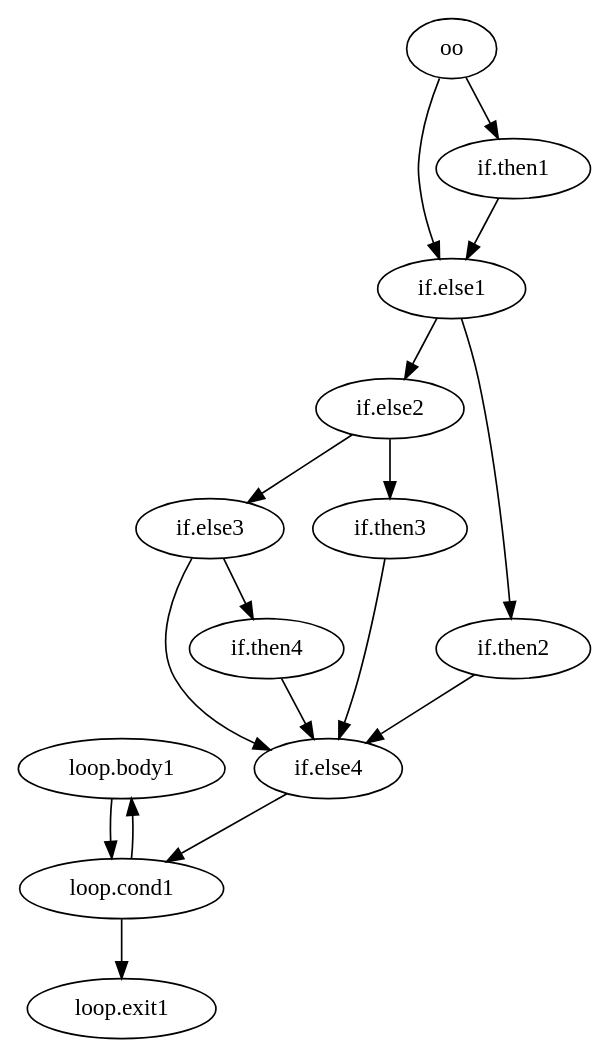
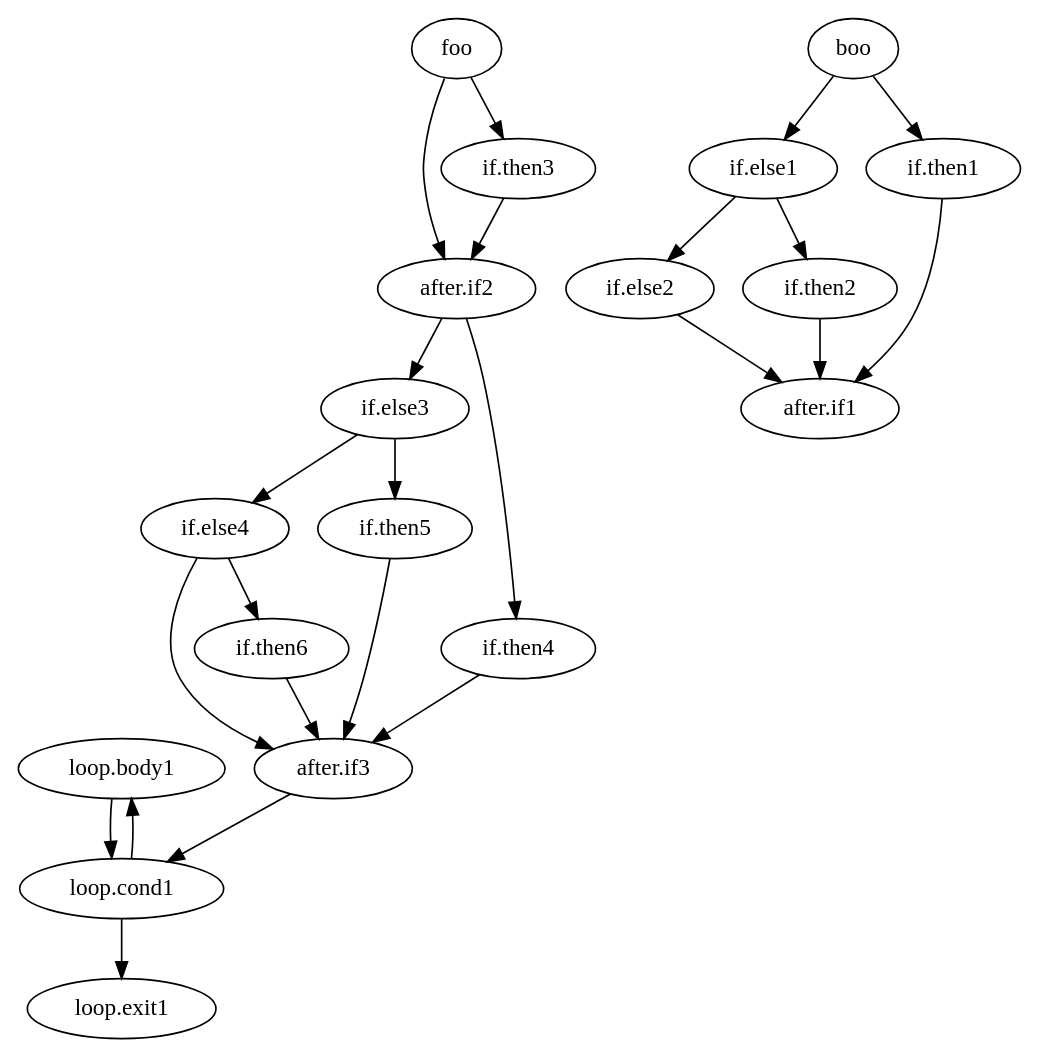
One commit to lisova-io/peng changed the diagram in program.dot. Above: the diagram before and after it, drawn with Graphviz. The commit also changed 4 other files, not shown here.

```diff
--- a/program.dot
+++ b/program.dot
@@ -1,19 +1,26 @@
 digraph program {
     "loop.body1" -> "loop.cond1"
     "loop.cond1" -> "loop.exit1"
     "loop.cond1" -> "loop.body1"
-    "if.else4" -> "loop.cond1"
-    "if.then4" -> "if.else4"
+    "after.if3" -> "loop.cond1"
+    "if.then6" -> "after.if3"
+    "if.else4" -> "after.if3"
+    "if.else4" -> "if.then6"
+    "if.then5" -> "after.if3"
     "if.else3" -> "if.else4"
-    "if.else3" -> "if.then4"
-    "if.then3" -> "if.else4"
-    "if.else2" -> "if.else3"
-    "if.else2" -> "if.then3"
-    "if.then2" -> "if.else4"
+    "if.else3" -> "if.then5"
+    "if.then4" -> "after.if3"
+    "after.if2" -> "if.else3"
+    "after.if2" -> "if.then4"
+    "if.then3" -> "after.if2"
+    "foo" -> "after.if2"
+    "foo" -> "if.then3"
+    "if.else2" -> "after.if1"
+    "if.then2" -> "after.if1"
     "if.else1" -> "if.else2"
     "if.else1" -> "if.then2"
-    "if.then1" -> "if.else1"
-    "oo" -> "if.else1"
-    "oo" -> "if.then1"
+    "if.then1" -> "after.if1"
+    "boo" -> "if.else1"
+    "boo" -> "if.then1"
     
 }
```
